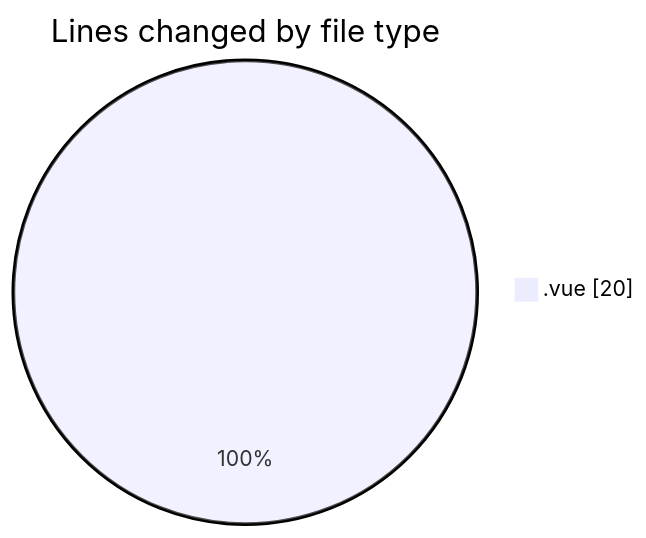
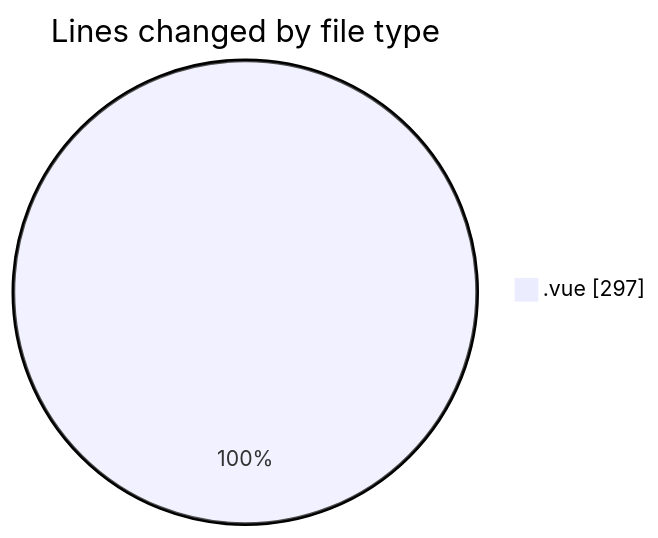
The first of 2 diagrams in 2025-03-14/lumine-web/README.md (robertbonfada/code-tracking), drawn with Mermaid before and after one commit. The commit also changed other lines of this file and 1 other file, not shown here.

````diff
--- a/2025-03-14/lumine-web/README.md
+++ b/2025-03-14/lumine-web/README.md
@@ -20,5 +21,5 @@
 ```mermaid
 pie showData
 title Lines changed by file type
-".vue" : 20
+".vue" : 297
 ```
````
